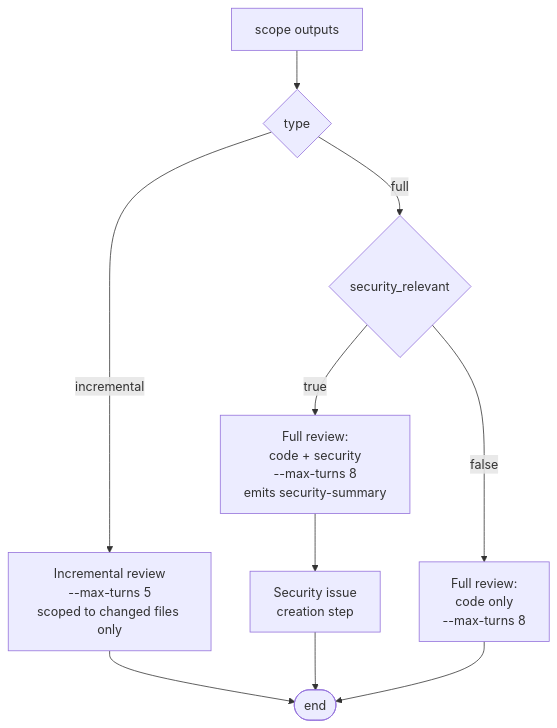
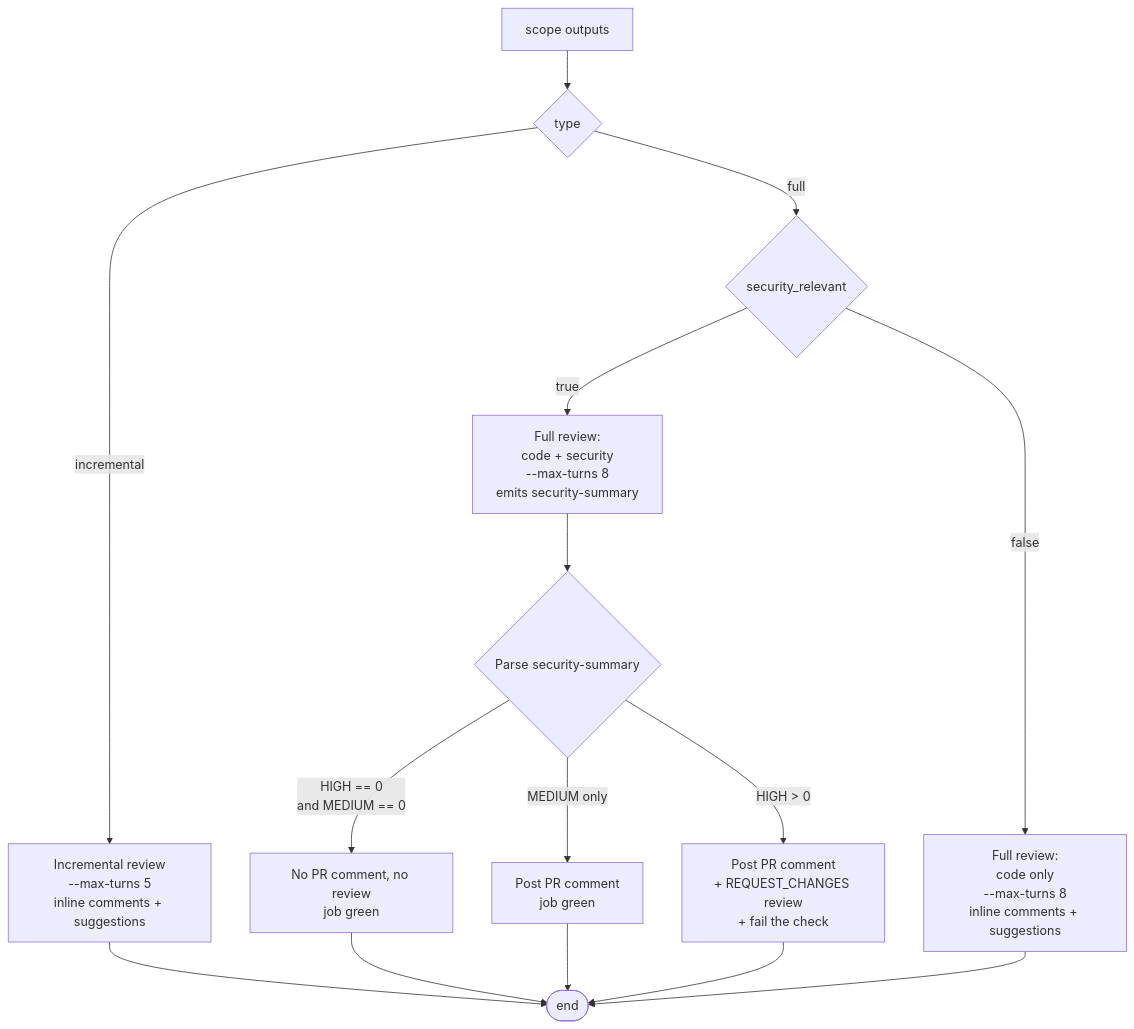
One commit to fibaneza/llm-usage-lens changed the fourth of 5 diagrams in .github/README.md. Above: the diagram before and after it, drawn with Mermaid. The commit also changed other lines of this file and 2 other files, not shown here.

First line of the commit message:
feat: implement Claude PR review workflow and update code review workflow

````diff
--- a/.github/README.md
+++ b/.github/README.md
@@ -191,12 +167,17 @@
 ```mermaid
 flowchart TD
     S[scope outputs] --> T{type}
-    T -->|incremental| INC[Incremental review<br/>--max-turns 5<br/>scoped to changed files only]
+    T -->|incremental| INC[Incremental review<br/>--max-turns 5<br/>inline comments + suggestions]
     T -->|full| U{security_relevant}
     U -->|true| FS[Full review:<br/>code + security<br/>--max-turns 8<br/>emits security-summary]
-    U -->|false| FC[Full review:<br/>code only<br/>--max-turns 8]
-    FS --> SEC[Security issue<br/>creation step]
+    U -->|false| FC[Full review:<br/>code only<br/>--max-turns 8<br/>inline comments + suggestions]
+    FS --> SEC{Parse security-summary}
+    SEC -->|HIGH == 0<br/>and MEDIUM == 0| QUIET[No PR comment, no review<br/>job green]
+    SEC -->|MEDIUM only| MED[Post PR comment<br/>job green]
+    SEC -->|HIGH > 0| REJ[Post PR comment<br/>+ REQUEST_CHANGES review<br/>+ fail the check]
     FC --> END([end])
     INC --> END
-    SEC --> END
+    QUIET --> END
+    MED --> END
+    REJ --> END
 ```
````
